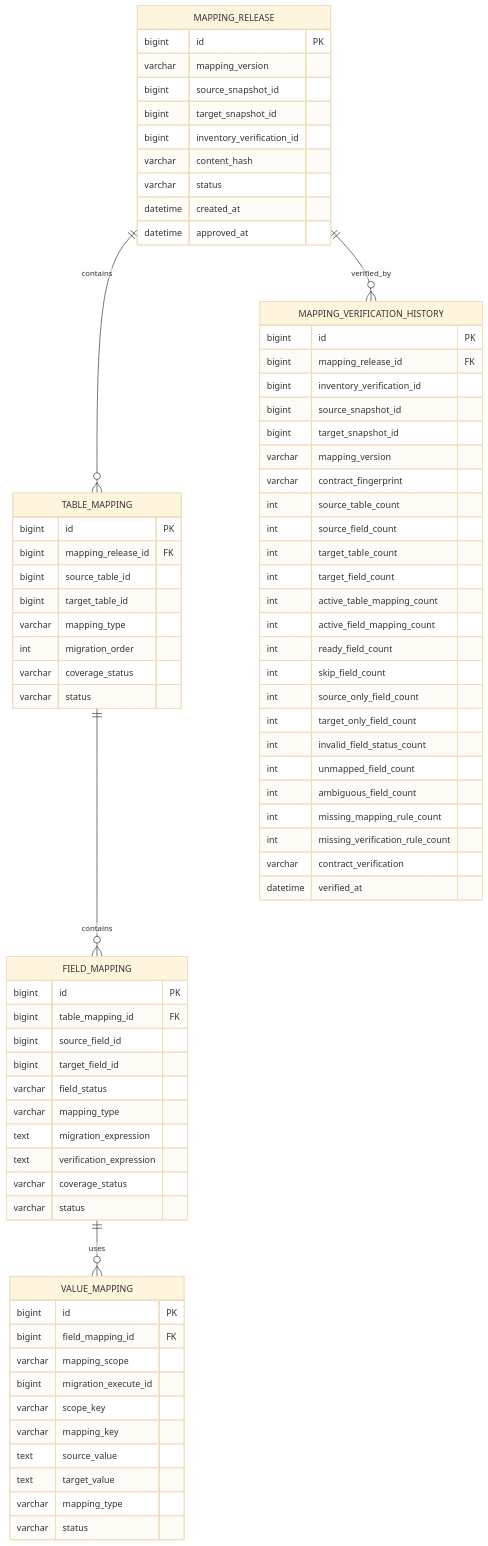
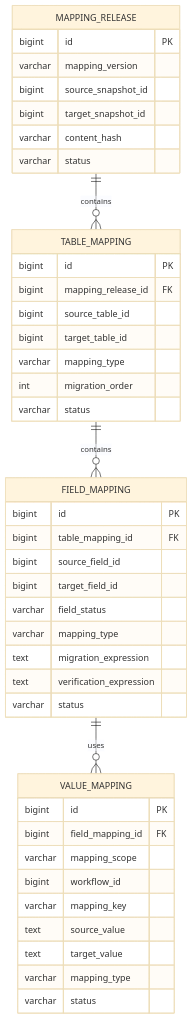
Before and after one commit to duyduyly/php-notebook: the third of 3 diagrams in docs/joomla/learning/database/migration/tutorial/migration-workflow.md, drawn with Mermaid (base theme). The commit also changed other lines of this file, not shown here.

Commit message:
Simplify migration workflow around centralized execution history

````diff
--- a/docs/joomla/learning/database/migration/tutorial/migration-workflow.md
+++ b/docs/joomla/learning/database/migration/tutorial/migration-workflow.md
@@ -474,18 +1048,14 @@
     MAPPING_RELEASE ||--o{ TABLE_MAPPING : contains
     TABLE_MAPPING ||--o{ FIELD_MAPPING : contains
     FIELD_MAPPING ||--o{ VALUE_MAPPING : uses
-    MAPPING_RELEASE ||--o{ MAPPING_VERIFICATION_HISTORY : verified_by
 
     MAPPING_RELEASE {
         bigint id PK
         varchar mapping_version
         bigint source_snapshot_id
         bigint target_snapshot_id
-        bigint inventory_verification_id
         varchar content_hash
         varchar status
-        datetime created_at
-        datetime approved_at
     }
 
     TABLE_MAPPING {
@@ -495,7 +1065,6 @@
         bigint target_table_id
         varchar mapping_type
         int migration_order
-        varchar coverage_status
         varchar status
     }
 
@@ -508,7 +1077,6 @@
         varchar mapping_type
         text migration_expression
         text verification_expression
-        varchar coverage_status
         varchar status
     }
 
@@ -516,39 +1084,11 @@
         bigint id PK
         bigint field_mapping_id FK
         varchar mapping_scope
-        bigint migration_execute_id
-        varchar scope_key
+        bigint workflow_id
         varchar mapping_key
         text source_value
         text target_value
         varchar mapping_type
         varchar status
     }
-
-    MAPPING_VERIFICATION_HISTORY {
-        bigint id PK
-        bigint mapping_release_id FK
-        bigint inventory_verification_id
-        bigint source_snapshot_id
-        bigint target_snapshot_id
-        varchar mapping_version
-        varchar contract_fingerprint
-        int source_table_count
-        int source_field_count
-        int target_table_count
-        int target_field_count
-        int active_table_mapping_count
-        int active_field_mapping_count
-        int ready_field_count
-        int skip_field_count
-        int source_only_field_count
-        int target_only_field_count
-        int invalid_field_status_count
-        int unmapped_field_count
-        int ambiguous_field_count
-        int missing_mapping_rule_count
-        int missing_verification_rule_count
-        varchar contract_verification
-        datetime verified_at
-    }
 ```
````
